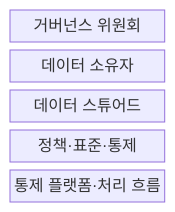
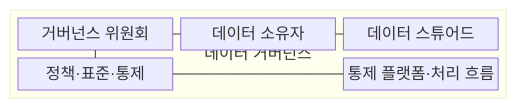
Before and after one commit to agnusdei1207/knowledge-base: the first of 2 diagrams in src/content/docs/notes/03-software/135_data_governance.md, drawn with Mermaid. The commit also changed other lines of this file and 20 other files, not shown here.

````diff
--- a/src/content/docs/notes/03-software/135_data_governance.md
+++ b/src/content/docs/notes/03-software/135_data_governance.md
@@ -57,9 +58,17 @@
 ```mermaid
-block-beta
+block
     columns 1
-    A["거버넌스 위원회"]
-    B["데이터 소유자"]
-    C["데이터 스튜어드"]
-    D["정책·표준·통제"]
-    E["통제 플랫폼·처리 흐름"]
+    block:GOV["데이터 거버넌스"]
+        columns 3
+        A["거버넌스 위원회"]
+        B["데이터 소유자"]
+        C["데이터 스튜어드"]
+        D["정책·표준·통제"]
+        space
+        E["통제 플랫폼·처리 흐름"]
+    end
+    A --- B
+    B --- C
+    A --- D
+    D --- E
 ```
````
